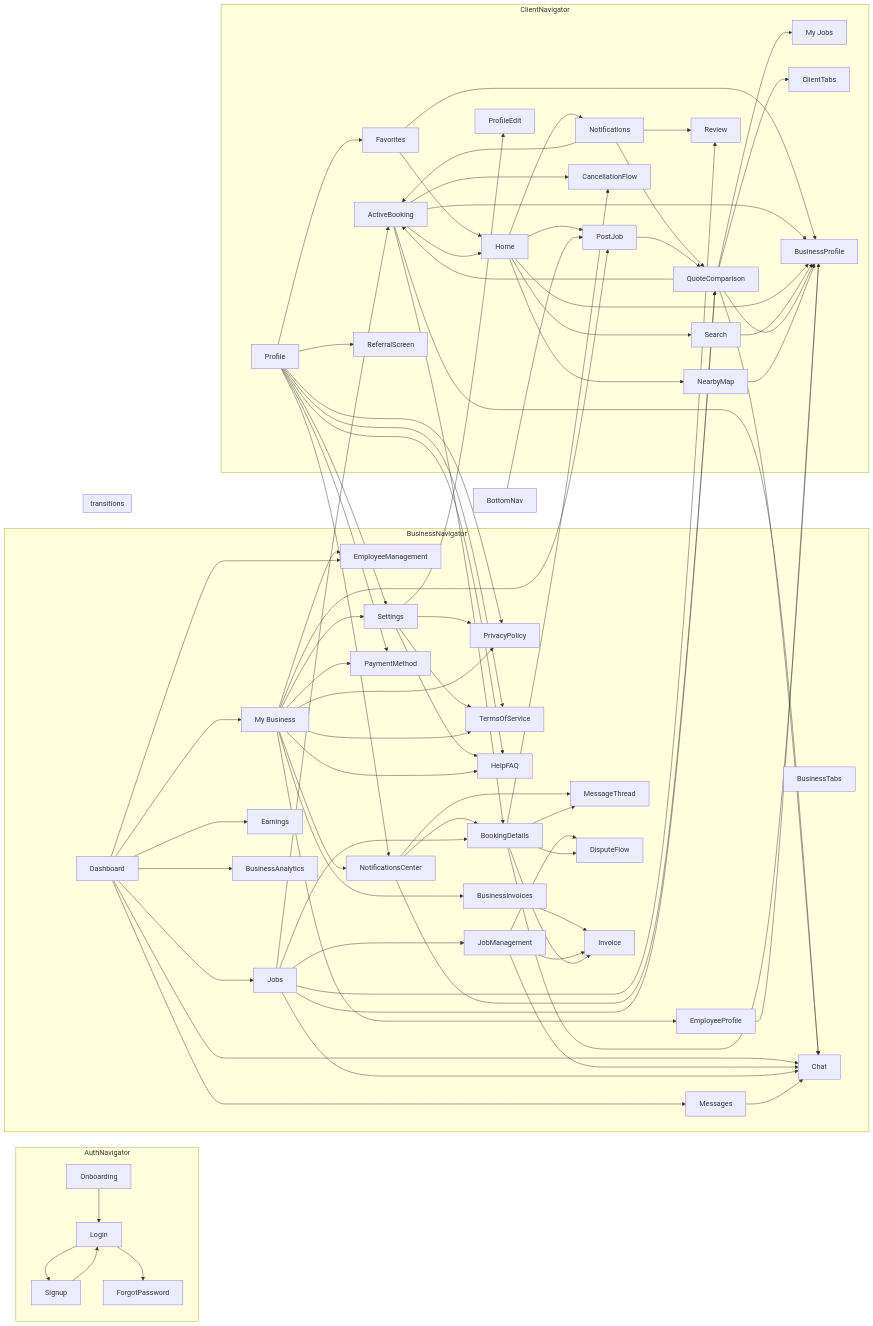
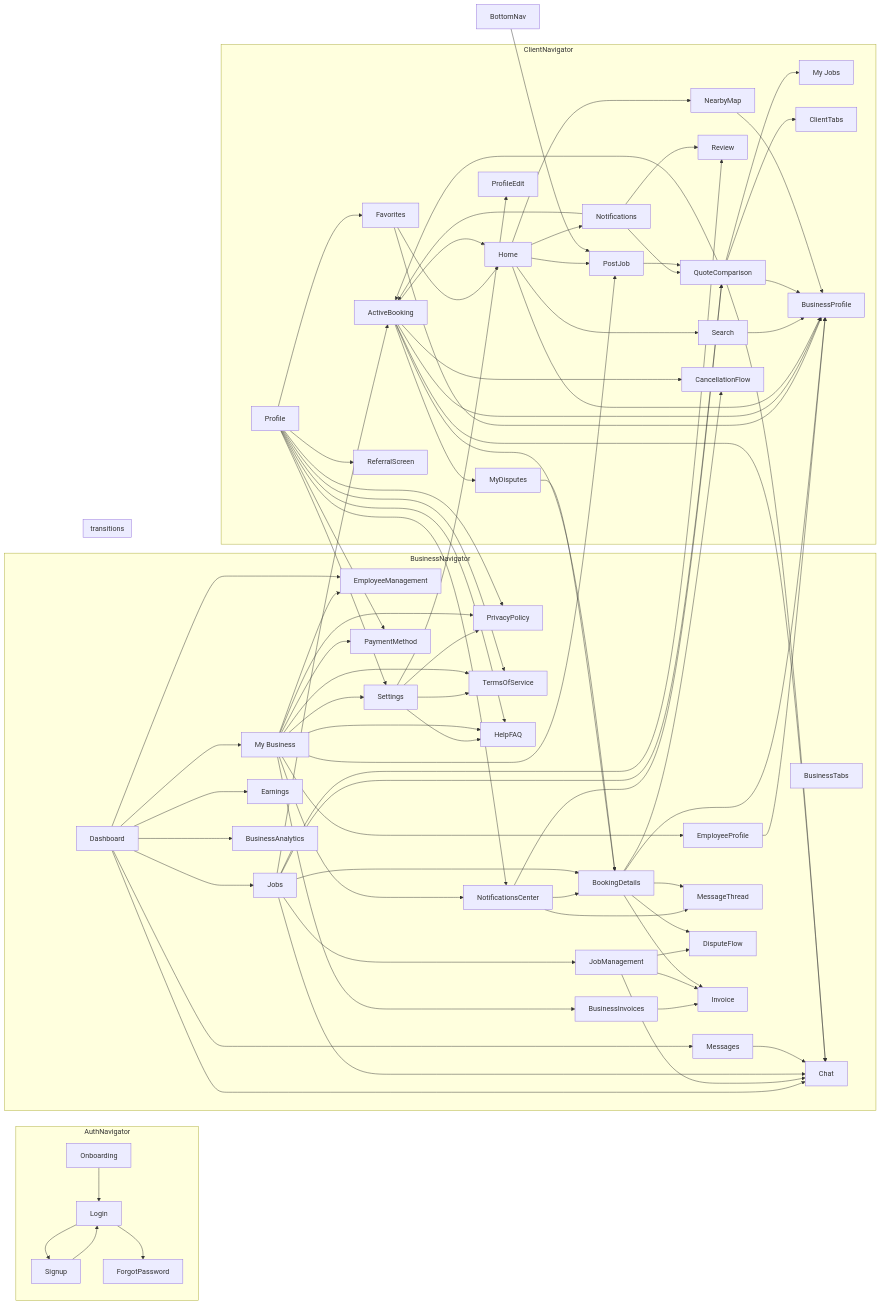
One commit to 4alkubati/SWINGBY changed the diagram in docs/FLOW_GRAPH.md. Above: the diagram before and after it, drawn with Mermaid. The commit also changed other lines of this file and 6 other files, not shown here.

First line of the commit message:
docs: schema reconstruction, flow-graph refresh, QA + gap-audit trackers

```diff
--- a/docs/FLOW_GRAPH.md
+++ b/docs/FLOW_GRAPH.md
@@ -69,6 +69,7 @@
     PaymentMethod["PaymentMethod"]
     DisputeFlow["DisputeFlow"]
     Invoice["Invoice"]
+    MyDisputes["MyDisputes"]
   end
   subgraph transitions
   end
@@ -118,10 +119,12 @@
   JobManagement --> DisputeFlow
   Favorites --> Home
   Favorites --> BusinessProfile
+  MyDisputes --> BookingDetails
   ActiveBooking --> Home
   ActiveBooking --> BusinessProfile
   ActiveBooking --> Chat
   ActiveBooking --> BookingDetails
+  ActiveBooking --> MyDisputes
   ActiveBooking --> CancellationFlow
   Home --> PostJob
   Home --> Notifications
```
